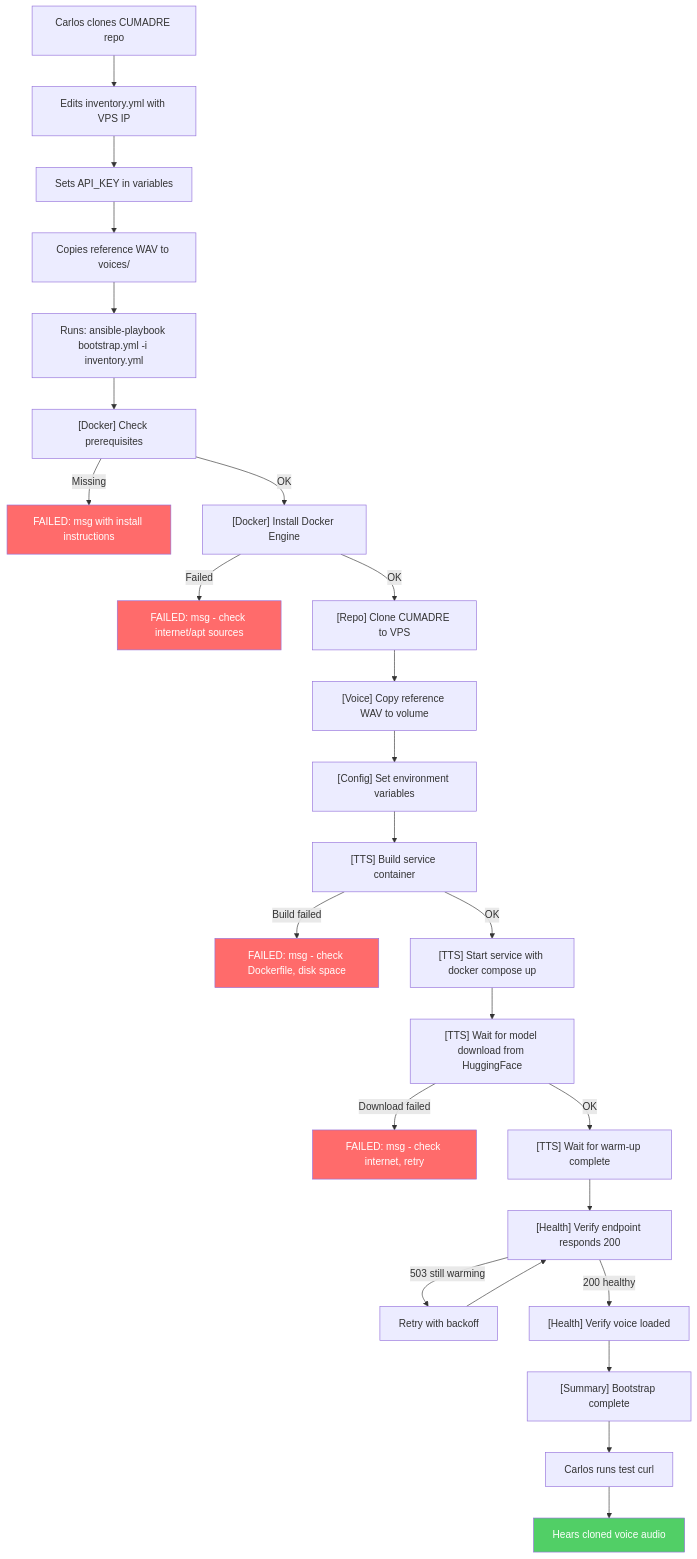
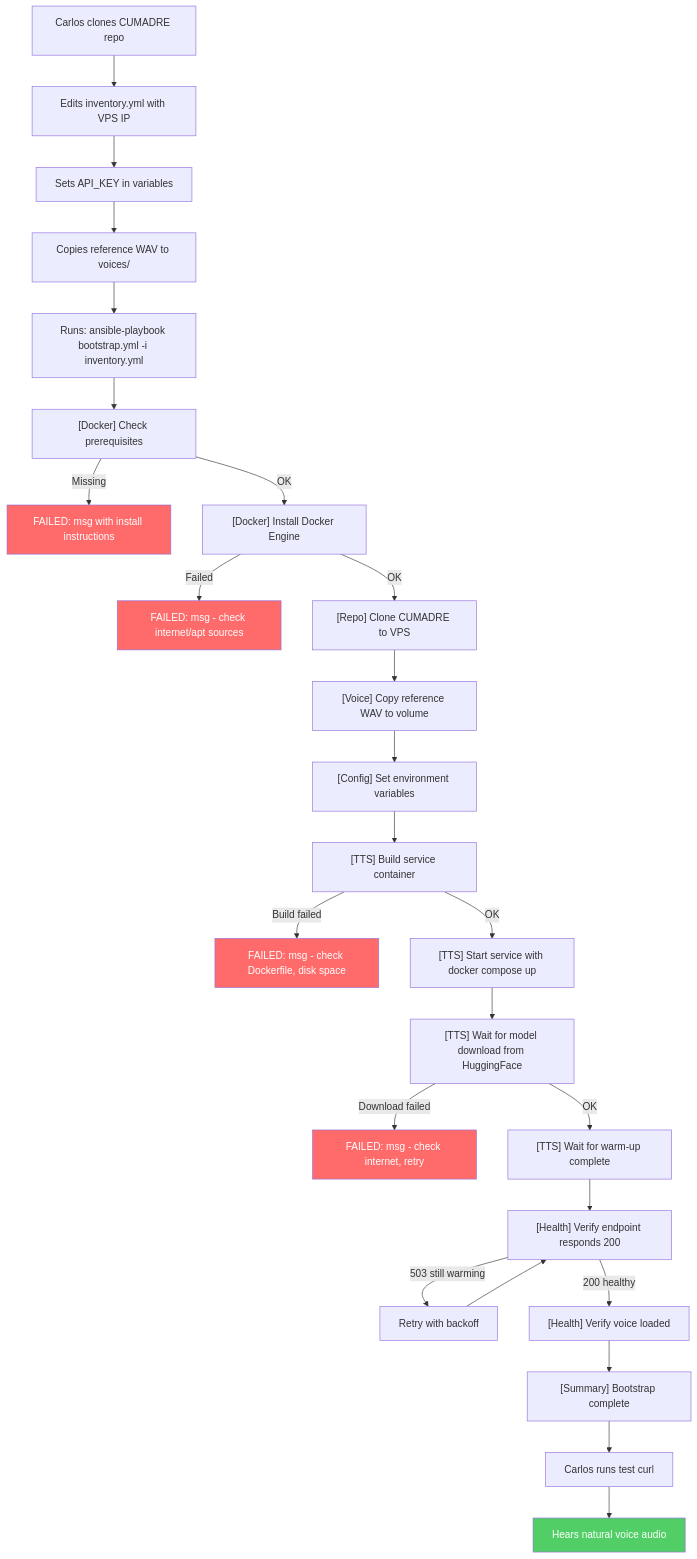
The first of 3 diagrams in _bmad-output/planning-artifacts/ux-design-specification.md (docg1701/comadre), drawn with Mermaid before and after one commit. The commit also changed other lines of this file and 23 other files, not shown here.

First line of the commit message:
Update planning artifacts, architecture, and docs for dual-engine redesign

````diff
--- a/_bmad-output/planning-artifacts/ux-design-specification.md
+++ b/_bmad-output/planning-artifacts/ux-design-specification.md
@@ -596,40 +600,40 @@
 ```mermaid
 flowchart TD
     A[Carlos clones CUMADRE repo] --> B[Edits inventory.yml with VPS IP]
     B --> C[Sets API_KEY in variables]
     C --> D[Copies reference WAV to voices/]
     D --> E["Runs: ansible-playbook bootstrap.yml -i inventory.yml"]
 
     E --> F["[Docker] Check prerequisites"]
     F -->|Missing| F1["FAILED: msg with install instructions"]
     F -->|OK| G["[Docker] Install Docker Engine"]
 
     G -->|Failed| G1["FAILED: msg - check internet/apt sources"]
     G -->|OK| H["[Repo] Clone CUMADRE to VPS"]
 
     H --> I["[Voice] Copy reference WAV to volume"]
     I --> J["[Config] Set environment variables"]
     J --> K["[TTS] Build service container"]
 
     K -->|Build failed| K1["FAILED: msg - check Dockerfile, disk space"]
     K -->|OK| L["[TTS] Start service with docker compose up"]
 
     L --> M["[TTS] Wait for model download from HuggingFace"]
     M -->|Download failed| M1["FAILED: msg - check internet, retry"]
     M -->|OK| N["[TTS] Wait for warm-up complete"]
 
     N --> O["[Health] Verify endpoint responds 200"]
     O -->|503 still warming| O1["Retry with backoff"]
     O1 --> O
     O -->|200 healthy| P["[Health] Verify voice loaded"]
 
     P --> Q["[Summary] Bootstrap complete"]
     Q --> R["Carlos runs test curl"]
-    R --> S["Hears cloned voice audio"]
+    R --> S["Hears natural voice audio"]
 
     style F1 fill:#ff6b6b,color:#fff
     style G1 fill:#ff6b6b,color:#fff
     style K1 fill:#ff6b6b,color:#fff
     style M1 fill:#ff6b6b,color:#fff
     style S fill:#51cf66,color:#fff
 ```
````
